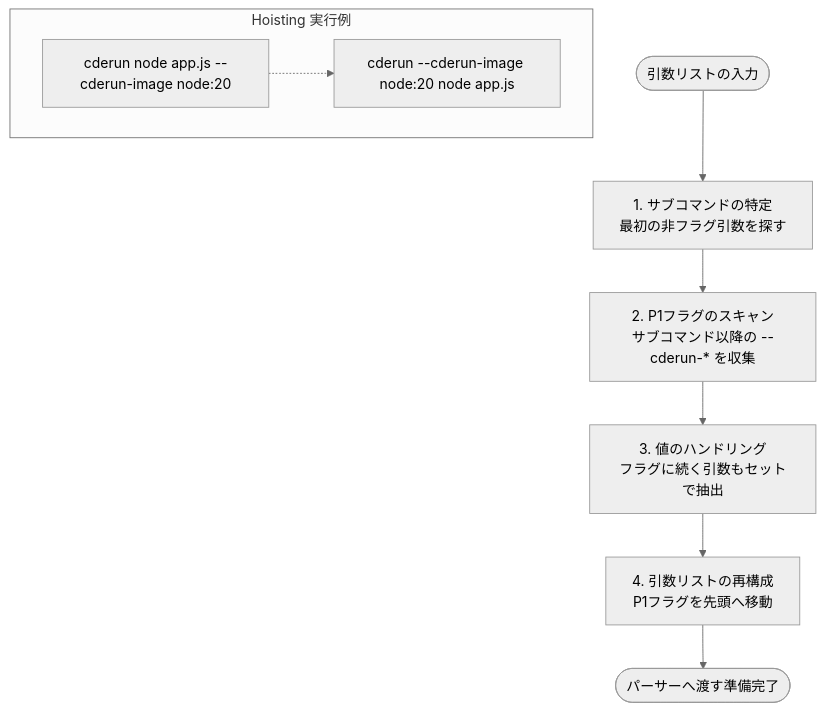
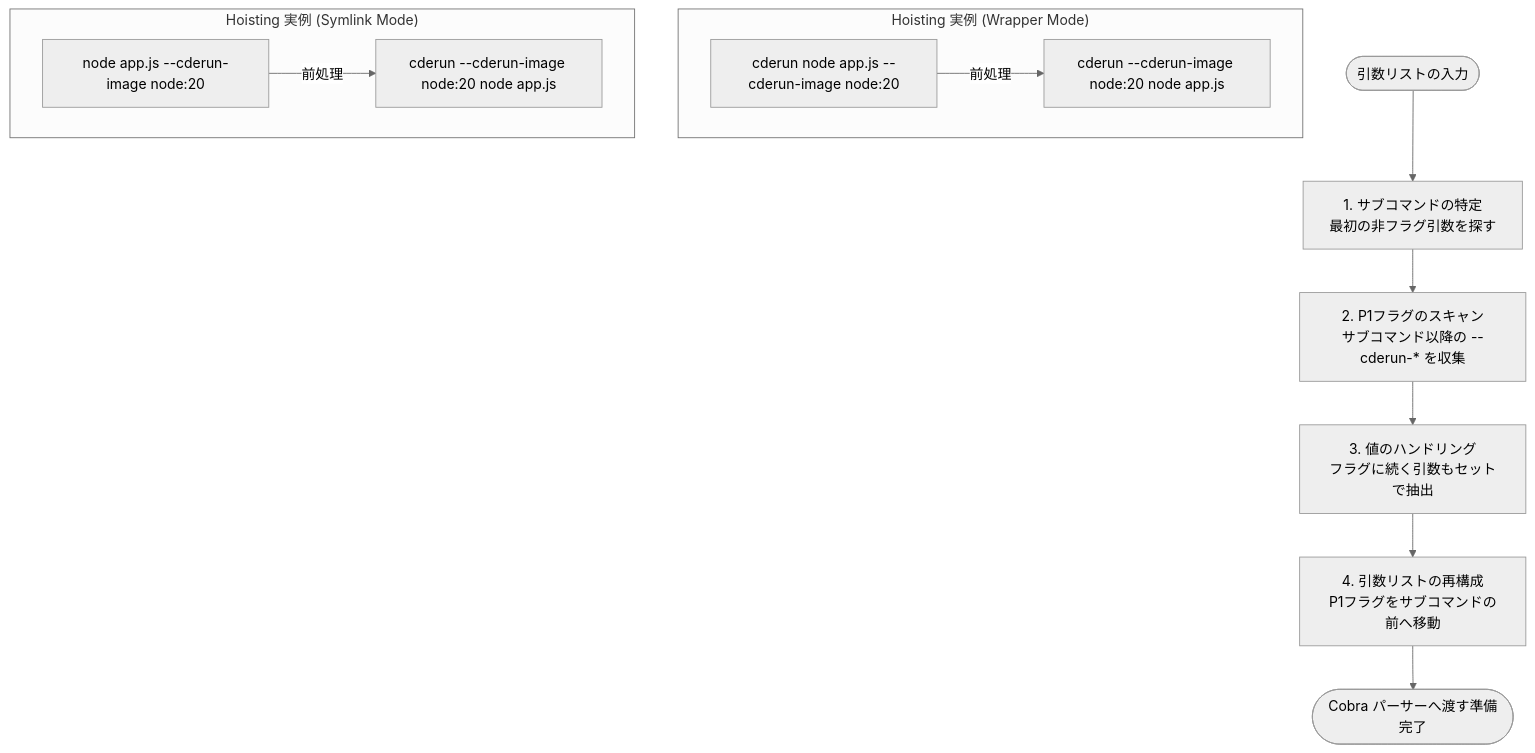
Before and after one commit to Tei1988/cderun: the diagram in docs/features/argument-parsing.md, drawn with Mermaid (neutral theme). The commit also changed other lines of this file and 4 other files, not shown here.

````diff
--- a/docs/features/argument-parsing.md
+++ b/docs/features/argument-parsing.md
@@ -57,14 +57,20 @@
 ```mermaid
 flowchart TD
     Start([引数リストの入力]) --> DetectSubcmd[1. サブコマンドの特定<br/>最初の非フラグ引数を探す]
     DetectSubcmd --> ScanP1[2. P1フラグのスキャン<br/>サブコマンド以降の --cderun-* を収集]
     ScanP1 --> HandleValues[3. 値のハンドリング<br/>フラグに続く引数もセットで抽出]
-    HandleValues --> Reconstruct[4. 引数リストの再構成<br/>P1フラグを先頭へ移動]
-    Reconstruct --> End([パーサーへ渡す準備完了])
+    HandleValues --> Reconstruct[4. 引数リストの再構成<br/>P1フラグをサブコマンドの前へ移動]
+    Reconstruct --> End([Cobra パーサーへ渡す準備完了])
 
-    subgraph "Hoisting 実行例"
+    subgraph "Hoisting 実例 (Wrapper Mode)"
     ExampleInput["cderun node app.js --cderun-image node:20"]
     ExampleOutput["cderun --cderun-image node:20 node app.js"]
-    ExampleInput -.-> ExampleOutput
+    ExampleInput -- 前処理 --> ExampleOutput
+    end
+
+    subgraph "Hoisting 実例 (Symlink Mode)"
+    SymlinkInput["node app.js --cderun-image node:20"]
+    SymlinkOutput["cderun --cderun-image node:20 node app.js"]
+    SymlinkInput -- 前処理 --> SymlinkOutput
     end
 ```
````
